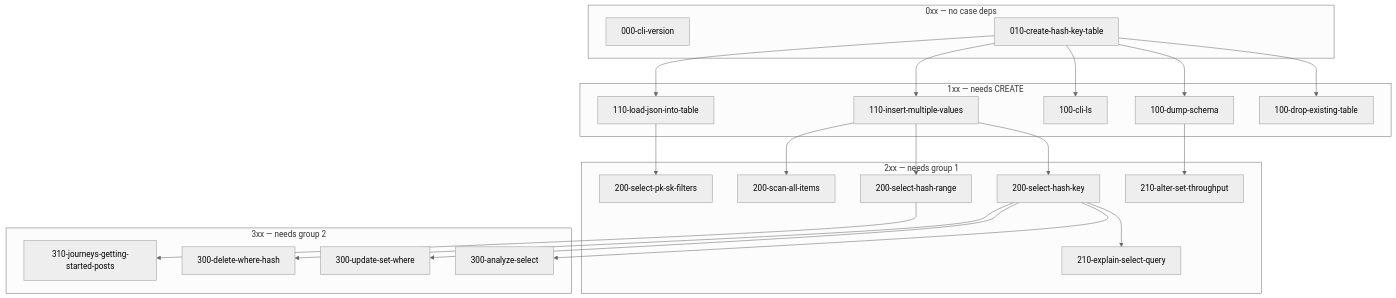
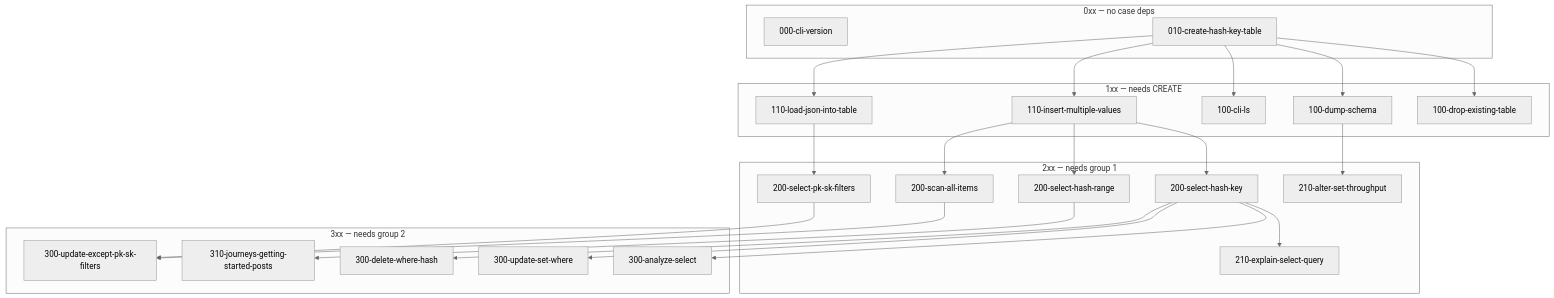
The diagram in black-box-tests/cases/ordering.md (jspreddy/dql), drawn with Mermaid (neutral theme) before and after one commit. The commit also changed other lines of this file and 9 other files, not shown here.

````diff
--- a/black-box-tests/cases/ordering.md
+++ b/black-box-tests/cases/ordering.md
@@ -54,47 +55,50 @@
 ```mermaid
 flowchart TB
   subgraph g0 ["0xx — no case deps"]
     v["000-cli-version"]
     c["010-create-hash-key-table"]
   end
 
   subgraph g1 ["1xx — needs CREATE"]
     drop["100-drop-existing-table"]
     dump["100-dump-schema"]
     ls["100-cli-ls"]
     ins["110-insert-multiple-values"]
     load["110-load-json-into-table"]
   end
 
   subgraph g2 ["2xx — needs group 1"]
     selk["200-select-hash-key"]
     selr["200-select-hash-range"]
     selfilt["200-select-pk-sk-filters"]
     scan["200-scan-all-items"]
     alt["210-alter-set-throughput"]
     exp["210-explain-select-query"]
   end
 
   subgraph g3 ["3xx — needs group 2"]
     ana["300-analyze-select"]
     upd["300-update-set-where"]
+    upexc["300-update-except-pk-sk-filters"]
     del["300-delete-where-hash"]
     jour["310-journeys-getting-started-posts"]
   end
 
   c --> drop
   c --> dump
   c --> ls
   c --> ins
   c --> load
   ins --> selk
   ins --> selr
   ins --> scan
   load --> selfilt
   dump --> alt
   selk --> exp
   selk --> ana
   selk --> upd
+  selfilt --> upexc
+  scan --> upexc
   selk --> del
   selr --> jour
 ```
````
